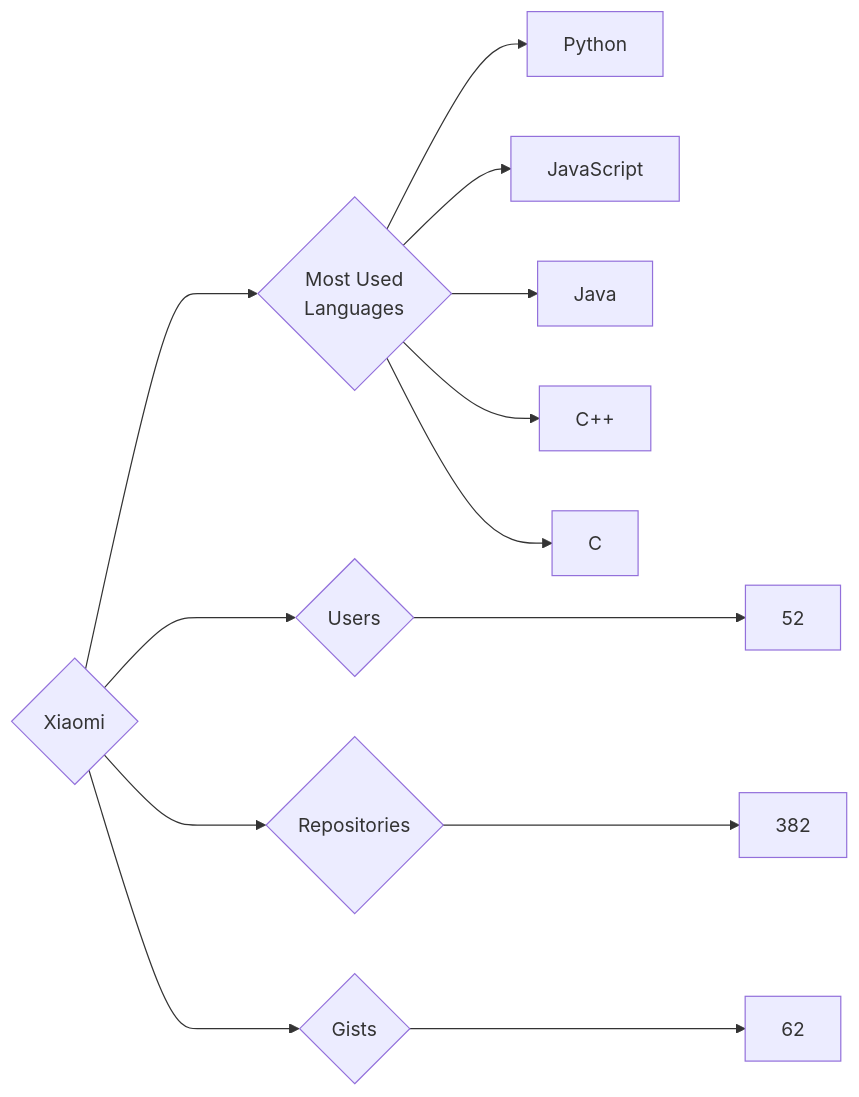
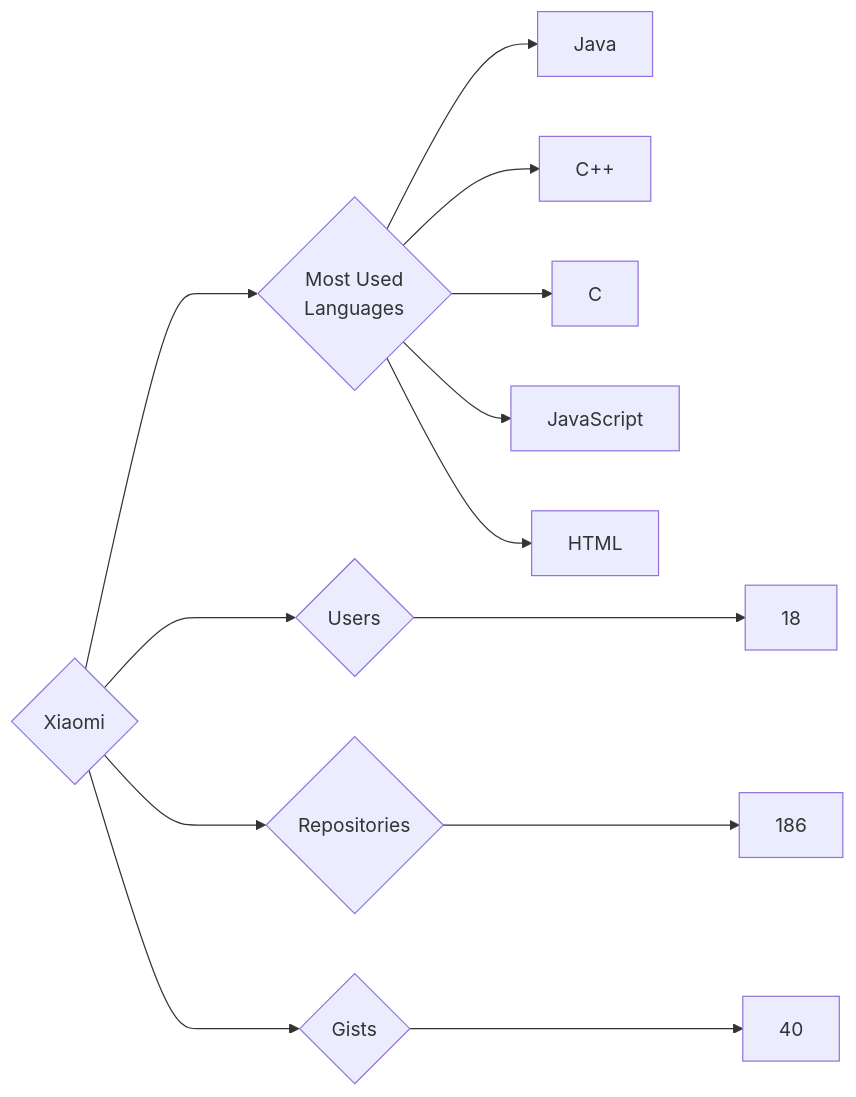
The diagram in targets/Xiaomi/README.md (trickest/insiders), drawn with Mermaid before and after one commit. The commit also changed 770 other files, not shown here.

````diff
--- a/targets/Xiaomi/README.md
+++ b/targets/Xiaomi/README.md
@@ -3,13 +3,13 @@
 ```mermaid
 graph LR
 COMPANY_NAME{Xiaomi}
-COMPANY_NAME ---> U{Users} ---> UN[52]
-COMPANY_NAME ---> R{Repositories} ---> RN[382]
-COMPANY_NAME ---> G{Gists} ---> GN[62]
+COMPANY_NAME ---> U{Users} ---> UN[18]
+COMPANY_NAME ---> R{Repositories} ---> RN[186]
+COMPANY_NAME ---> G{Gists} ---> GN[40]
 COMPANY_NAME ---> ML{Most Used<br>Languages}
-ML --> Python[Python]
-ML --> JavaScript[JavaScript]
 ML --> Java[Java]
 ML --> C++[C++]
 ML --> C[C]
+ML --> JavaScript[JavaScript]
+ML --> HTML[HTML]
 ```
````
